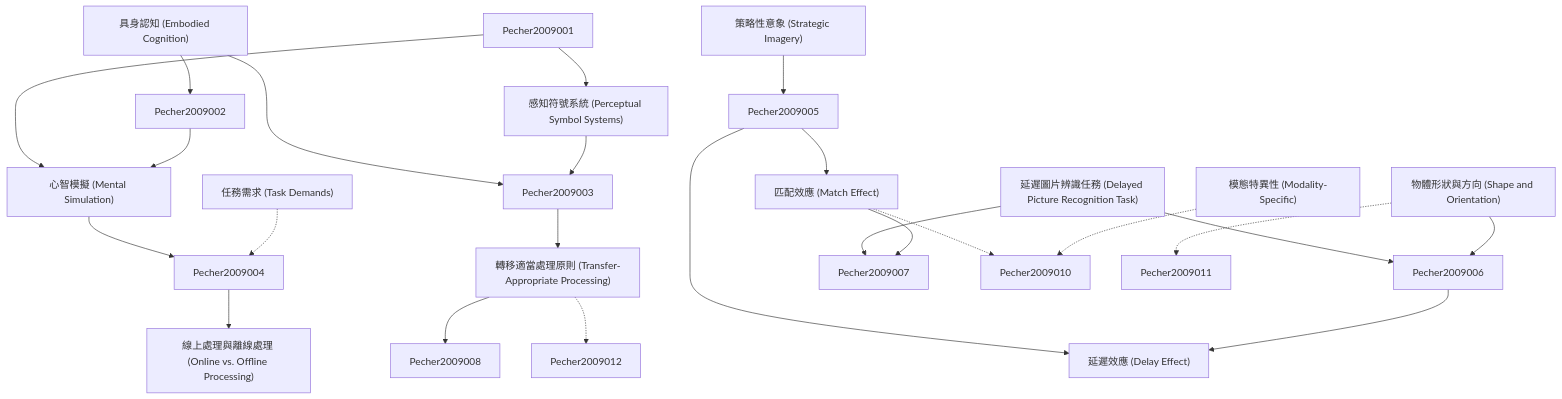
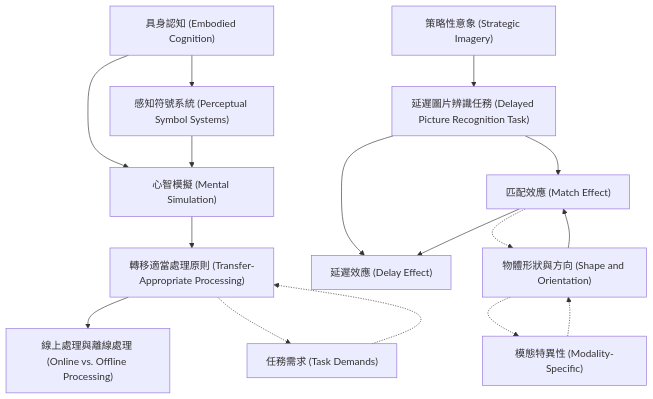
The diagram in output/zettelkasten_notes/zettel_Pecher-2009_20251104/zettel_index.md (SCgeeker/Claude_Journal_Club_Agents), drawn with Mermaid before and after one commit. The commit also changed 776 other files, not shown here.

````diff
--- a/output/zettelkasten_notes/zettel_Pecher-2009_20251104/zettel_index.md
+++ b/output/zettelkasten_notes/zettel_Pecher-2009_20251104/zettel_index.md
@@ -92,74 +92,61 @@
 ```mermaid
 graph TD
 
     Pecher-2009-001["具身認知 (Embodied Cognition)"]
 
     Pecher-2009-002["感知符號系統 (Perceptual Symbol Systems)"]
 
     Pecher-2009-003["心智模擬 (Mental Simulation)"]
 
     Pecher-2009-004["轉移適當處理原則 (Transfer-Appropriate Processing)"]
 
     Pecher-2009-005["延遲圖片辨識任務 (Delayed Picture Recognition Task)"]
 
     Pecher-2009-006["匹配效應 (Match Effect)"]
 
     Pecher-2009-007["延遲效應 (Delay Effect)"]
 
     Pecher-2009-008["線上處理與離線處理 (Online vs. Offline Processing)"]
 
     Pecher-2009-009["策略性意象 (Strategic Imagery)"]
 
     Pecher-2009-010["物體形狀與方向 (Shape and Orientation)"]
 
     Pecher-2009-011["模態特異性 (Modality-Specific)"]
 
     Pecher-2009-012["任務需求 (Task Demands)"]
 
-    Pecher-2009-001 --> Pecher2009002
+    Pecher-2009-001 --> Pecher-2009-002
 
-    Pecher-2009-001 --> Pecher2009003
+    Pecher-2009-001 --> Pecher-2009-003
 
-    Pecher2009001 --> Pecher-2009-002
 
-    Pecher-2009-002 --> Pecher2009003
+    Pecher-2009-002 --> Pecher-2009-003
 
-    Pecher2009001 --> Pecher-2009-003
+    Pecher-2009-003 --> Pecher-2009-004
 
-    Pecher2009002 --> Pecher-2009-003
 
-    Pecher-2009-003 --> Pecher2009004
+    Pecher-2009-004 --> Pecher-2009-008
 
-    Pecher2009003 --> Pecher-2009-004
+    Pecher-2009-004 -.-> Pecher-2009-012
 
-    Pecher-2009-004 --> Pecher2009008
+    Pecher-2009-005 --> Pecher-2009-006
 
-    Pecher-2009-004 -.-> Pecher2009012
+    Pecher-2009-005 --> Pecher-2009-007
 
-    Pecher-2009-005 --> Pecher2009006
 
-    Pecher-2009-005 --> Pecher2009007
+    Pecher-2009-006 --> Pecher-2009-007
 
-    Pecher2009005 --> Pecher-2009-006
+    Pecher-2009-006 -.-> Pecher-2009-010
 
-    Pecher-2009-006 --> Pecher2009007
+    Pecher-2009-009 --> Pecher-2009-005
 
-    Pecher-2009-006 -.-> Pecher2009010
+    Pecher-2009-010 --> Pecher-2009-006
 
-    Pecher2009005 --> Pecher-2009-007
+    Pecher-2009-010 -.-> Pecher-2009-011
 
-    Pecher2009006 --> Pecher-2009-007
+    Pecher-2009-011 -.-> Pecher-2009-010
 
-    Pecher2009004 --> Pecher-2009-008
-
-    Pecher-2009-009 --> Pecher2009005
-
-    Pecher-2009-010 --> Pecher2009006
-
-    Pecher-2009-010 -.-> Pecher2009011
-
-    Pecher-2009-011 -.-> Pecher2009010
-
-    Pecher-2009-012 -.-> Pecher2009004
+    Pecher-2009-012 -.-> Pecher-2009-004
 
 ```
````
